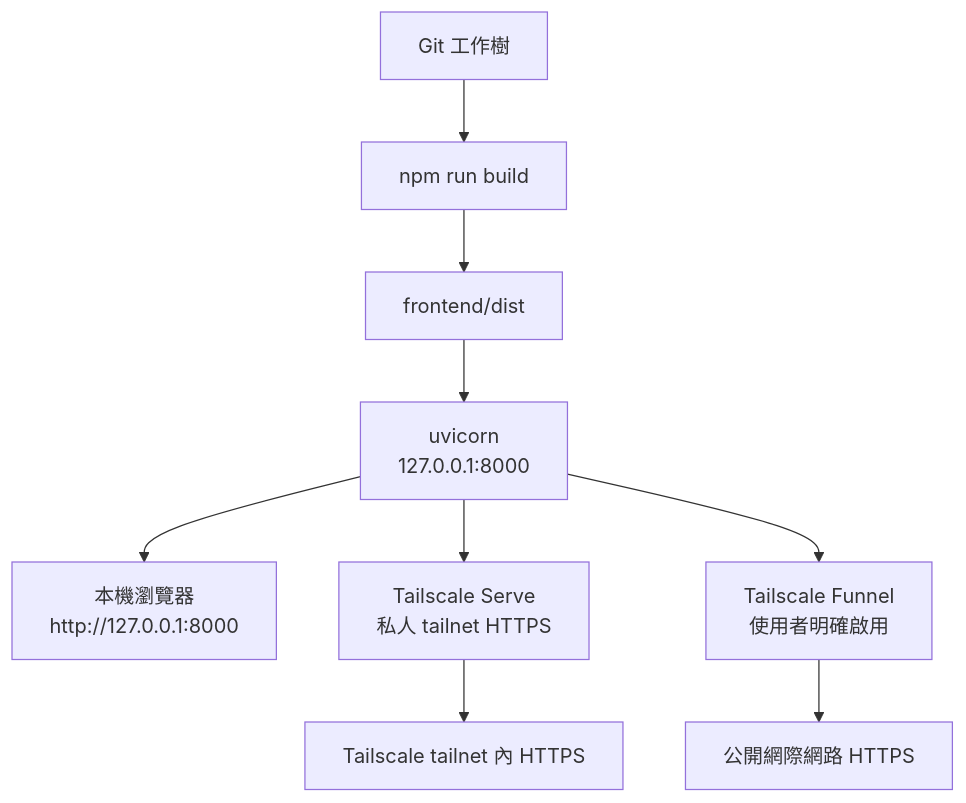
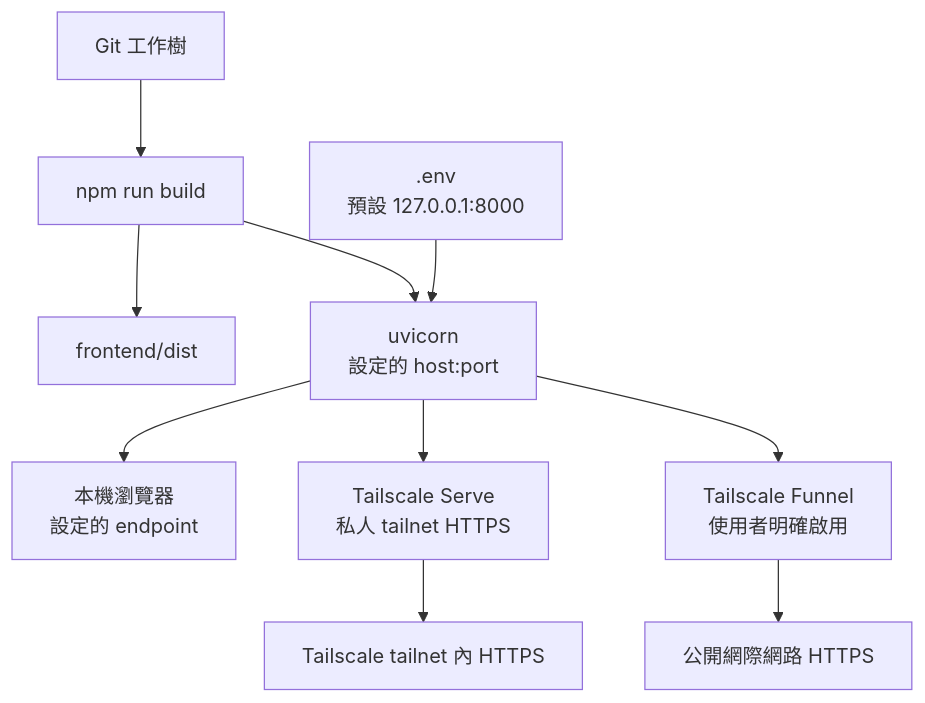
One commit to jlin53882/Flowfolio changed the diagram in docs/deployment-windows-tailscale.md. Above: the diagram before and after it, drawn with Mermaid. The commit also changed other lines of this file and 21 other files, not shown here.

Commit message:
整合 Flowfolio 環境設定與安全 webhook 通知

````diff
--- a/docs/deployment-windows-tailscale.md
+++ b/docs/deployment-windows-tailscale.md
@@ -24,11 +24,12 @@
 ```mermaid
 flowchart TD
     Source[Git 工作樹] --> Build[npm run build]
     Build --> Dist[frontend/dist]
-    Dist --> FastAPI[uvicorn\n127.0.0.1:8000]
-    FastAPI --> Local[本機瀏覽器\nhttp://127.0.0.1:8000]
+    Config[.env\n預設 127.0.0.1:8000] --> FastAPI[uvicorn\n設定的 host:port]
+    Build --> FastAPI
+    FastAPI --> Local[本機瀏覽器\n設定的 endpoint]
     FastAPI --> Serve[Tailscale Serve\n私人 tailnet HTTPS]
     Serve --> Tailnet[Tailscale tailnet 內 HTTPS]
     FastAPI --> Funnel[Tailscale Funnel\n使用者明確啟用]
     Funnel --> Internet[公開網際網路 HTTPS]
 ```
````
